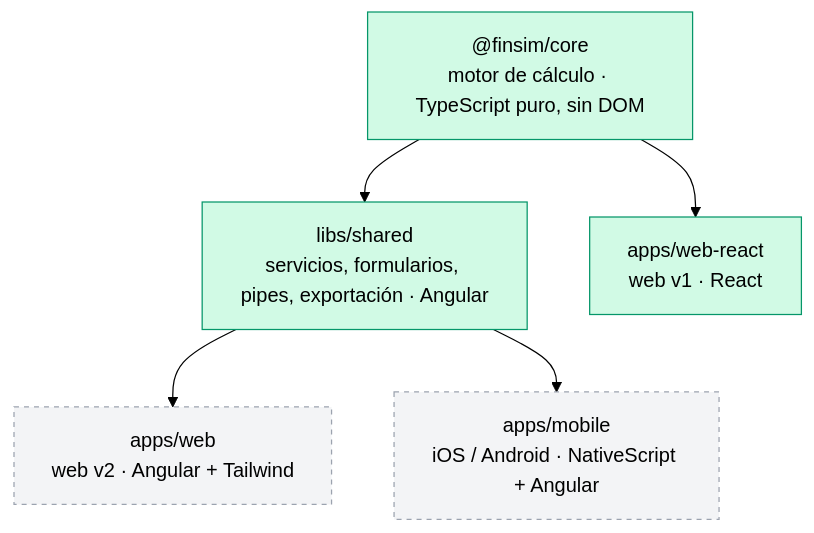
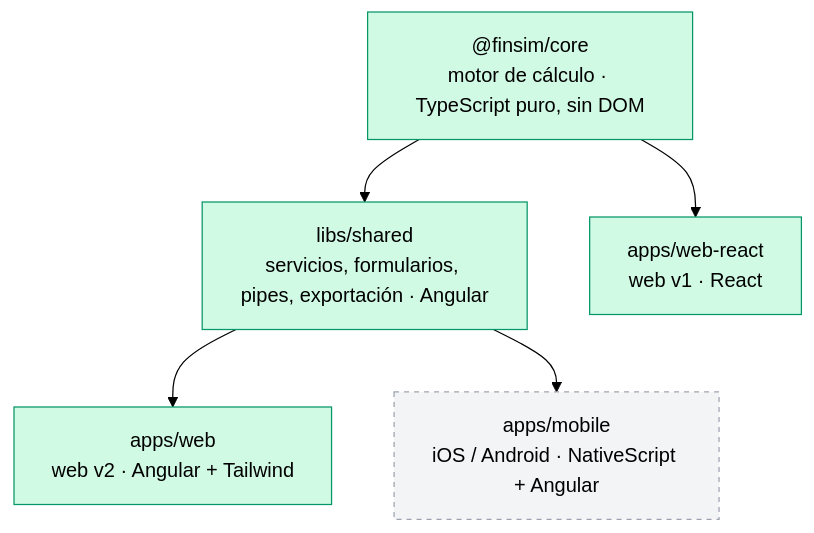
The diagram in README.md (etenorio87/finsim), drawn with Mermaid (forest theme) before and after one commit. The commit also changed other lines of this file and 38 other files, not shown here.

````diff
--- a/README.md
+++ b/README.md
@@ -37,18 +37,18 @@
 ```mermaid
 flowchart TD
     core["@finsim/core<br/>motor de cálculo · TypeScript puro, sin DOM"]
     shared["libs/shared<br/>servicios, formularios, pipes, exportación · Angular"]
     react["apps/web-react<br/>web v1 · React"]
     web["apps/web<br/>web v2 · Angular + Tailwind"]
     mobile["apps/mobile<br/>iOS / Android · NativeScript + Angular"]
 
     core --> react
     core --> shared
     shared --> web
     shared --> mobile
 
     classDef actual fill:#d1fae5,stroke:#059669
     classDef previsto fill:#f3f4f6,stroke:#9ca3af,stroke-dasharray:4
-    class core,react,shared actual
-    class web,mobile previsto
+    class core,react,shared,web actual
+    class mobile previsto
 ```
````
